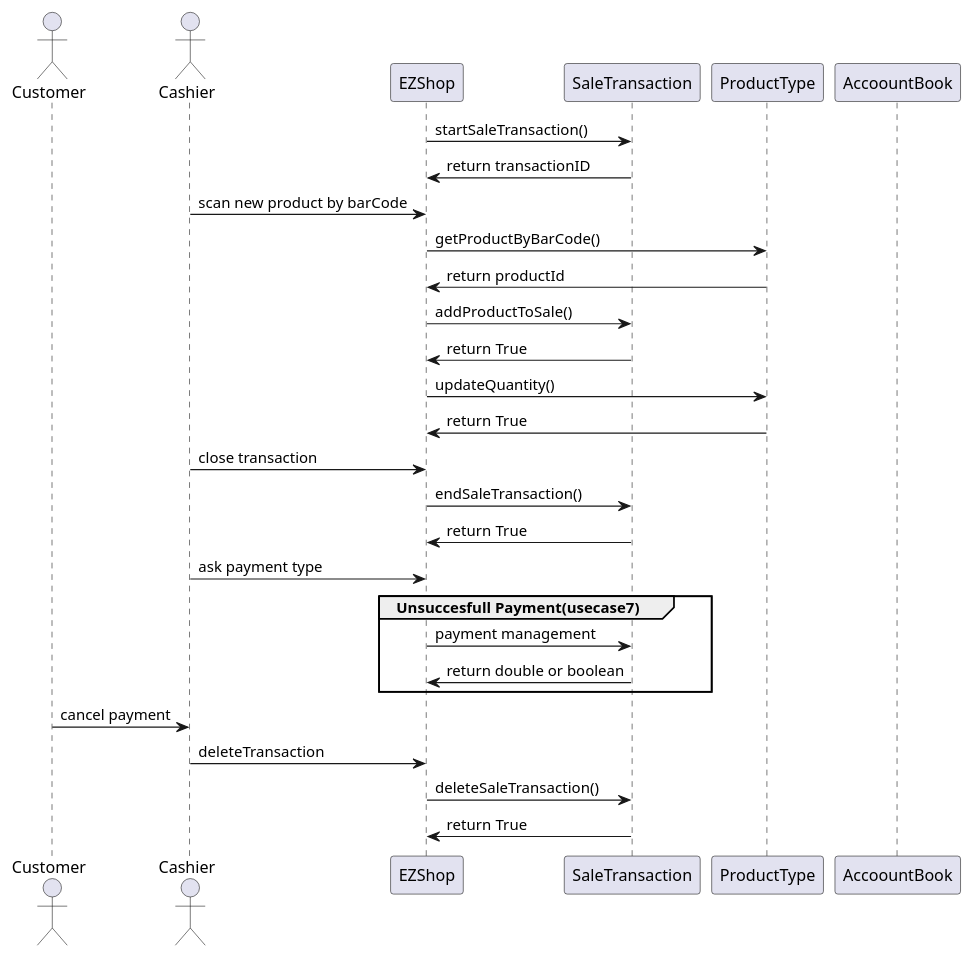
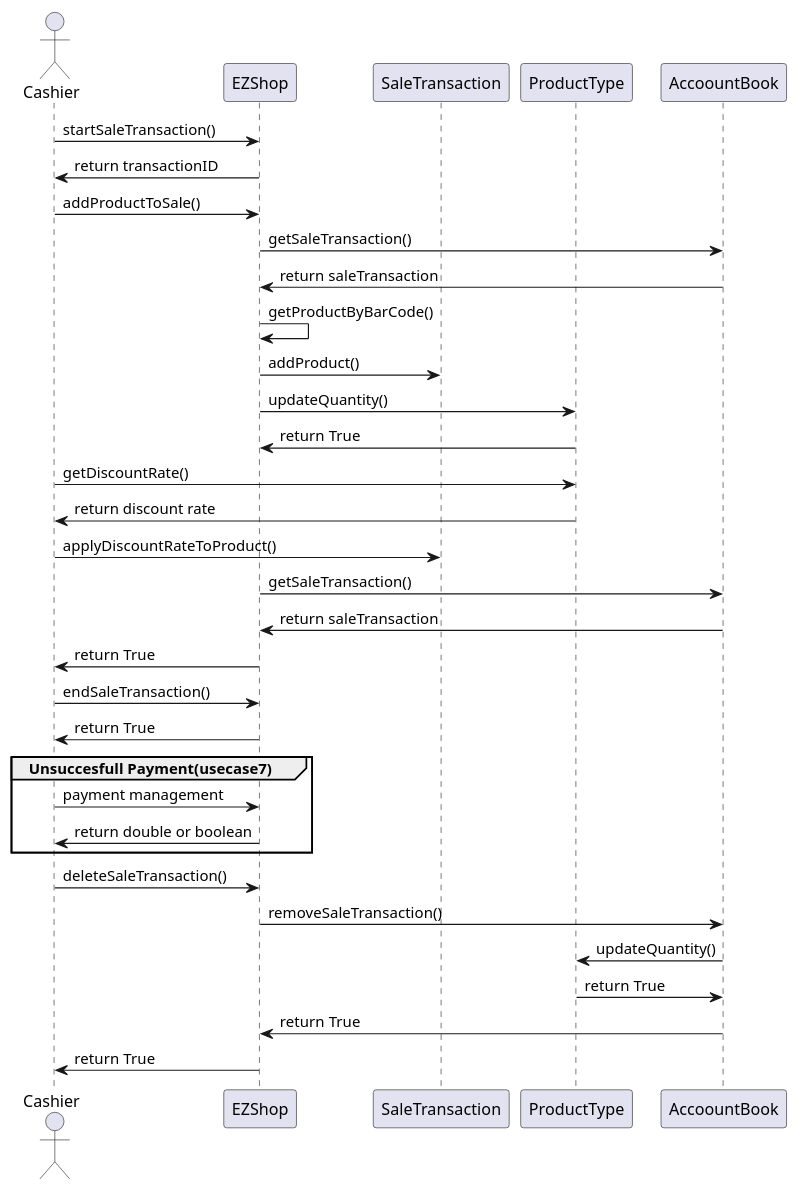
The ninth of 12 diagrams in Deliverables/DesignDocument.md (BMike10/EzShop), drawn with PlantUML before and after one commit. The commit also changed other lines of this file and 2 other files, not shown here.

````diff
--- a/Deliverables/DesignDocument.md
+++ b/Deliverables/DesignDocument.md
@@ -461,39 +441,47 @@
 ```plantuml
 @startuml
-actor "Customer" as cust
 actor "Cashier" as c
 participant EZShop as ezs
 participant SaleTransaction as st
 participant ProductType as pt
 participant AccoountBook as ab
 ' start new sale transaction
-ezs -> st: startSaleTransaction()
-st -> ezs:return transactionID
+c -> ezs: startSaleTransaction()
+ezs -> c:return transactionID
+c -> ezs:addProductToSale()
 ' get product by barCode
-c -> ezs:scan new product by barCode
-ezs -> pt:getProductByBarCode()
-pt -> ezs:return productId
-' add new product to saleTransaction(succesfull)
-' update available quantity(succesfull)
-ezs -> st:addProductToSale()
-st -> ezs:return True
+ezs -> ab:getSaleTransaction()
+ab -> ezs:return saleTransaction
+ezs -> ezs:getProductByBarCode()
+'add product to saleTransaction
+ezs -> st:addProduct()
+'update quantity product
 ezs -> pt:updateQuantity()
 pt -> ezs:return True
+' cashier applies a discount
+c -> pt:getDiscountRate()
+pt -> c:return discount rate
+' apply discount rate to product(succesfull)
+c -> st:applyDiscountRateToProduct()
+ezs -> ab:getSaleTransaction()
+ab -> ezs:return saleTransaction
+ezs ->c:return True
 ' cashier closes a transaction(succesfull)
-c -> ezs: close transaction
-ezs -> st: endSaleTransaction()
-st -> ezs: return True
+c -> ezs: endSaleTransaction()
+ezs -> c: return True
 'cashier asks for payment type
-c -> ezs:ask payment type
 group Unsuccesfull Payment(usecase7)
-    ezs -> st:payment management
-    st -> ezs: return double or boolean
+    c -> ezs:payment management
+    ezs -> c: return double or boolean
 end
 'Customer cancels the payment
-cust -> c: cancel payment
-c -> ezs: deleteTransaction
-ezs -> st:deleteSaleTransaction()
-st -> ezs: return True
+c -> ezs:deleteSaleTransaction()
+ezs -> ab:removeSaleTransaction()
+'update quantity product
+ab -> pt:updateQuantity()
+pt -> ab:return True
+ab -> ezs: return True
+ezs -> c: return True
 
 @enduml
 ```
````
